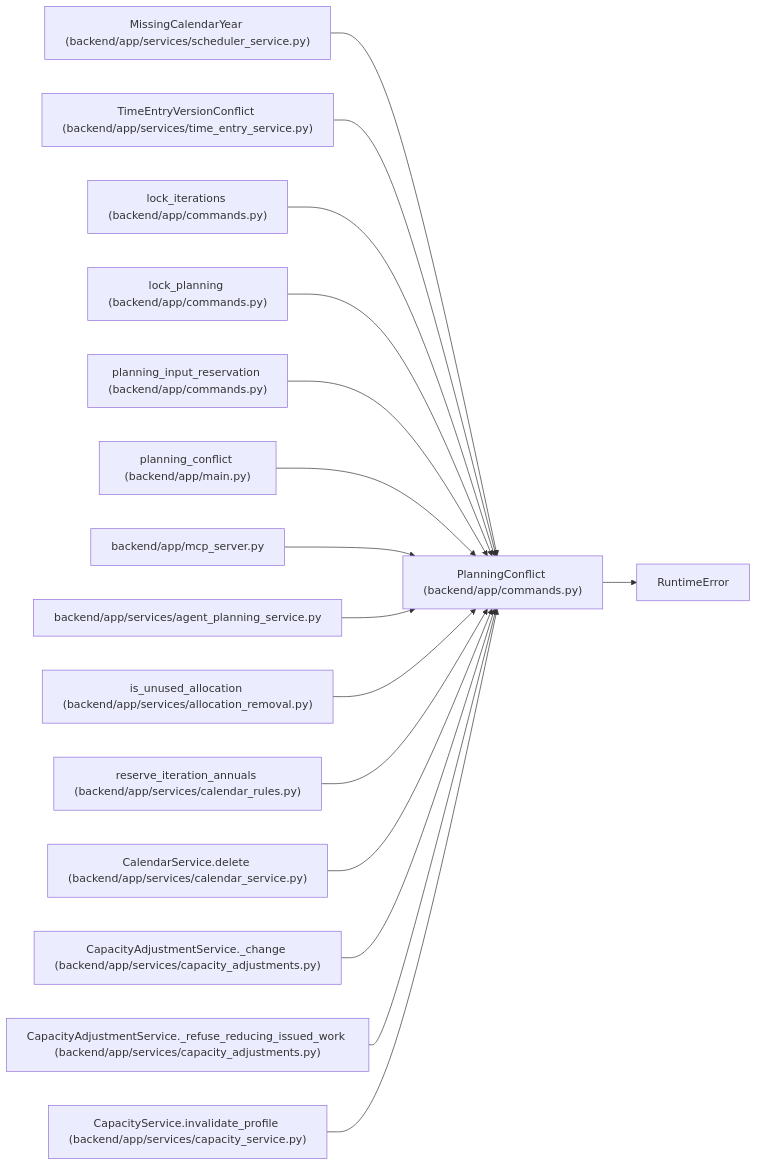
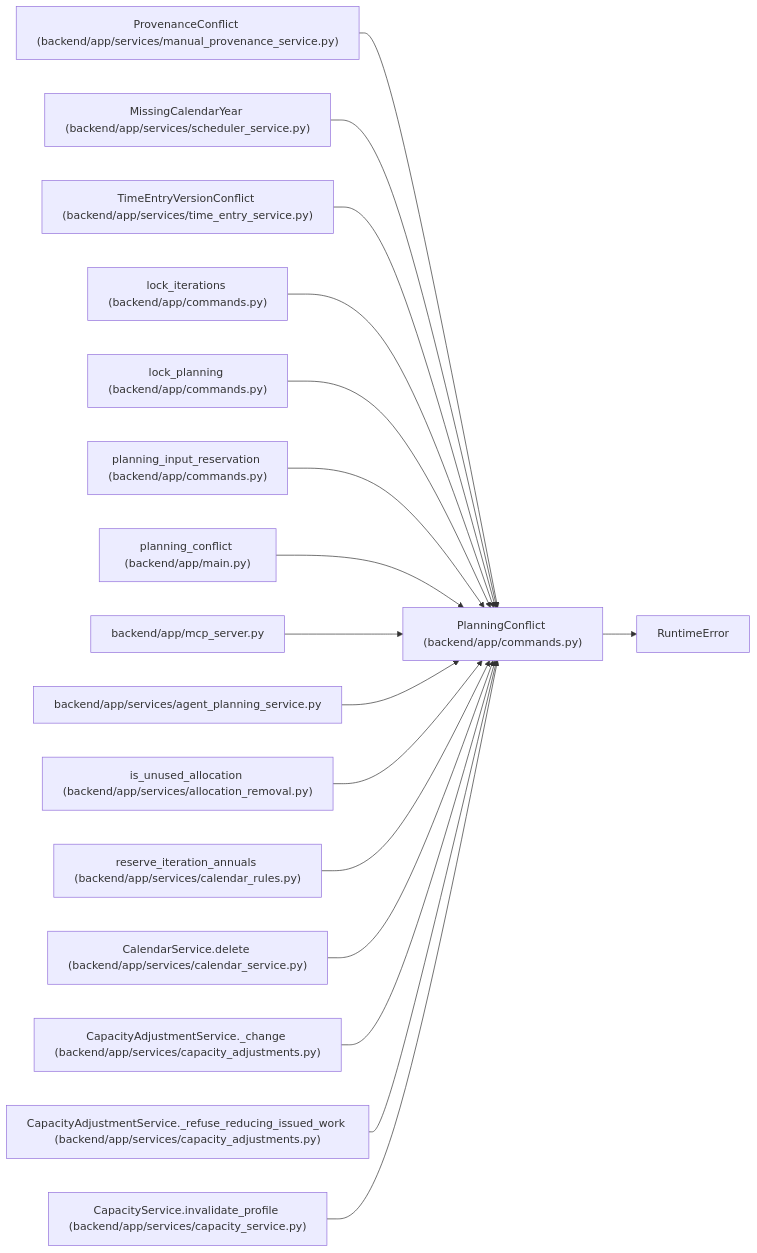
Before and after one commit to Denissvgn/WorkChord: the diagram in docs/llm_wiki/entities/PlanningConflict.md, drawn with Mermaid. The commit also changed other lines of this file and 880 other files, not shown here.

Commit message:
Sync the architectural wiki for manual execution provenance

````diff
--- a/docs/llm_wiki/entities/PlanningConflict.md
+++ b/docs/llm_wiki/entities/PlanningConflict.md
@@ -26,49 +26,52 @@
 ```mermaid
 flowchart LR
     n0["PlanningConflict (backend/app/commands.py)"]
     n1["RuntimeError"]
-    n2["MissingCalendarYear (backend/app/services/scheduler_service.py)"]
-    n3["TimeEntryVersionConflict (backend/app/services/time_entry_service.py)"]
-    n4["lock_iterations (backend/app/commands.py)"]
-    n5["lock_planning (backend/app/commands.py)"]
-    n6["planning_input_reservation (backend/app/commands.py)"]
-    n7["planning_conflict (backend/app/main.py)"]
-    n8["backend/app/mcp_server.py"]
-    n9["backend/app/services/agent_planning_service.py"]
-    n10["is_unused_allocation (backend/app/services/allocation_removal.py)"]
-    n11["reserve_iteration_annuals (backend/app/services/calendar_rules.py)"]
-    n12["CalendarService.delete (backend/app/services/calendar_service.py)"]
-    n13["CapacityAdjustmentService._change (backend/app/services/capacity_adjustments.py)"]
-    n14["CapacityAdjustmentService._refuse_reducing_issued_work (backend/app/services/capacity_adjustments.py)"]
-    n15["CapacityService.invalidate_profile (backend/app/services/capacity_service.py)"]
+    n2["ProvenanceConflict (backend/app/services/manual_provenance_service.py)"]
+    n3["MissingCalendarYear (backend/app/services/scheduler_service.py)"]
+    n4["TimeEntryVersionConflict (backend/app/services/time_entry_service.py)"]
+    n5["lock_iterations (backend/app/commands.py)"]
+    n6["lock_planning (backend/app/commands.py)"]
+    n7["planning_input_reservation (backend/app/commands.py)"]
+    n8["planning_conflict (backend/app/main.py)"]
+    n9["backend/app/mcp_server.py"]
+    n10["backend/app/services/agent_planning_service.py"]
+    n11["is_unused_allocation (backend/app/services/allocation_removal.py)"]
+    n12["reserve_iteration_annuals (backend/app/services/calendar_rules.py)"]
+    n13["CalendarService.delete (backend/app/services/calendar_service.py)"]
+    n14["CapacityAdjustmentService._change (backend/app/services/capacity_adjustments.py)"]
+    n15["CapacityAdjustmentService._refuse_reducing_issued_work (backend/app/services/capacity_adjustments.py)"]
+    n16["CapacityService.invalidate_profile (backend/app/services/capacity_service.py)"]
     n0 --> n1
     n2 --> n0
     n3 --> n0
     n4 --> n0
     n5 --> n0
     n6 --> n0
     n7 --> n0
     n8 --> n0
     n9 --> n0
     n10 --> n0
     n11 --> n0
     n12 --> n0
     n13 --> n0
     n14 --> n0
     n15 --> n0
+    n16 --> n0
     click n0 "../modules/commands.md"
-    click n2 "../modules/scheduler_service.md"
-    click n3 "../modules/time_entry_service.md"
-    click n4 "../modules/commands.md"
+    click n2 "../modules/manual_provenance_service.md"
+    click n3 "../modules/scheduler_service.md"
+    click n4 "../modules/time_entry_service.md"
     click n5 "../modules/commands.md"
     click n6 "../modules/commands.md"
-    click n7 "../modules/app_main.md"
-    click n8 "../modules/mcp_server.md"
-    click n9 "../modules/agent_planning_service.md"
-    click n10 "../modules/allocation_removal.md"
-    click n11 "../modules/calendar_rules.md"
-    click n12 "../modules/calendar_service.md"
-    click n13 "../modules/capacity_adjustments.md"
+    click n7 "../modules/commands.md"
+    click n8 "../modules/app_main.md"
+    click n9 "../modules/mcp_server.md"
+    click n10 "../modules/agent_planning_service.md"
+    click n11 "../modules/allocation_removal.md"
+    click n12 "../modules/calendar_rules.md"
+    click n13 "../modules/calendar_service.md"
     click n14 "../modules/capacity_adjustments.md"
-    click n15 "../modules/capacity_service.md"
+    click n15 "../modules/capacity_adjustments.md"
+    click n16 "../modules/capacity_service.md"
 ```
````
